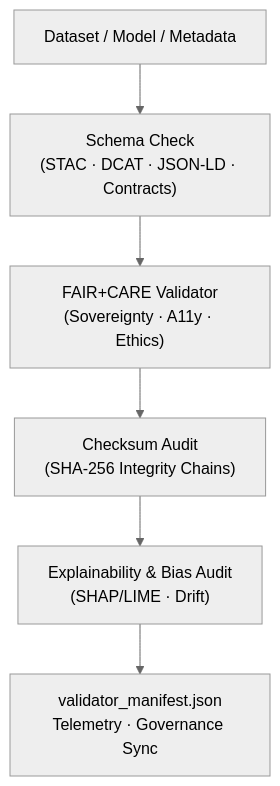
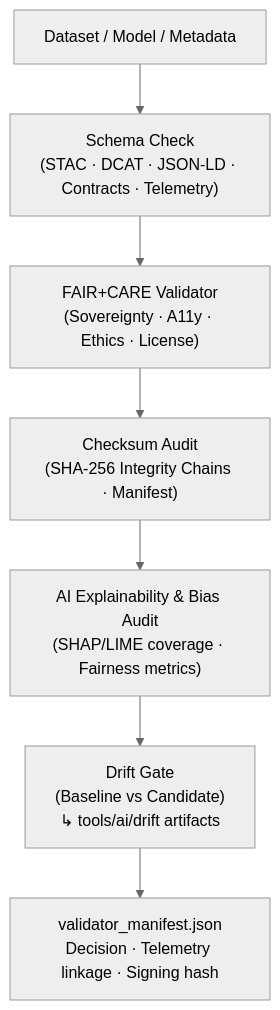
One commit to bartytime4life/Kansas-Frontier-Matrix changed the diagram in tools/validation/README.md. Above: the diagram before and after it, drawn with Mermaid (neutral theme). The commit also changed other lines of this file, not shown here.

````diff
--- a/tools/validation/README.md
+++ b/tools/validation/README.md
@@ -173,9 +211,9 @@
-```mermaid
+~~~mermaid
 flowchart TD
-  A["Dataset / Model / Metadata"]
-    --> B["Schema Check\n(STAC · DCAT · JSON-LD · Contracts)"]
-  B --> C["FAIR+CARE Validator\n(Sovereignty · A11y · Ethics)"]
-  C --> D["Checksum Audit\n(SHA-256 Integrity Chains)"]
-  D --> E["Explainability & Bias Audit\n(SHAP/LIME · Drift)"]
-  E --> F["validator_manifest.json\nTelemetry · Governance Sync"]
-```
+  A["Dataset / Model / Metadata"] --> B["Schema Check\n(STAC · DCAT · JSON-LD · Contracts · Telemetry)"]
+  B --> C["FAIR+CARE Validator\n(Sovereignty · A11y · Ethics · License)"]
+  C --> D["Checksum Audit\n(SHA-256 Integrity Chains · Manifest)"]
+  D --> E["AI Explainability & Bias Audit\n(SHAP/LIME coverage · Fairness metrics)"]
+  E --> F["Drift Gate\n(Baseline vs Candidate)\n↳ tools/ai/drift artifacts"]
+  F --> G["validator_manifest.json\nDecision · Telemetry linkage · Signing hash"]
+~~~
````
